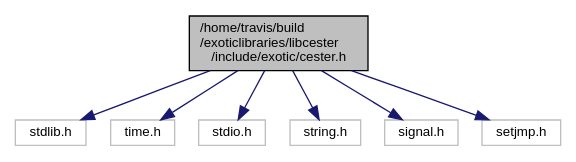
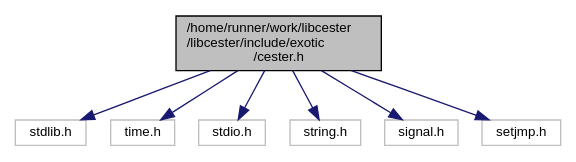
One commit to exoticlibraries/libcester changed the diagram in reference/cester_8h__incl.dot. Above: the diagram before and after it, drawn with Graphviz. The commit also changed 188 other files, not shown here.

```diff
--- a/reference/cester_8h__incl.dot
+++ b/reference/cester_8h__incl.dot
@@ -1,18 +1,18 @@
-digraph "/home/travis/build/exoticlibraries/libcester/include/exotic/cester.h"
+digraph "/home/runner/work/libcester/libcester/include/exotic/cester.h"
 {
   edge [fontname="Helvetica",fontsize="10",labelfontname="Helvetica",labelfontsize="10"];
   node [fontname="Helvetica",fontsize="10",shape=record];
-  Node1 [label="/home/travis/build\l/exoticlibraries/libcester\l/include/exotic/cester.h",height=0.2,width=0.4,color="black", fillcolor="grey75", style="filled", fontcolor="black"];
-  Node1 -> Node2 [color="midnightblue",fontsize="10",style="solid",fontname="Helvetica"];
-  Node2 [label="stdlib.h",height=0.2,width=0.4,color="grey75", fillcolor="white", style="filled"];
-  Node1 -> Node3 [color="midnightblue",fontsize="10",style="solid",fontname="Helvetica"];
-  Node3 [label="time.h",height=0.2,width=0.4,color="grey75", fillcolor="white", style="filled"];
-  Node1 -> Node4 [color="midnightblue",fontsize="10",style="solid",fontname="Helvetica"];
-  Node4 [label="stdio.h",height=0.2,width=0.4,color="grey75", fillcolor="white", style="filled"];
-  Node1 -> Node5 [color="midnightblue",fontsize="10",style="solid",fontname="Helvetica"];
-  Node5 [label="string.h",height=0.2,width=0.4,color="grey75", fillcolor="white", style="filled"];
-  Node1 -> Node6 [color="midnightblue",fontsize="10",style="solid",fontname="Helvetica"];
-  Node6 [label="signal.h",height=0.2,width=0.4,color="grey75", fillcolor="white", style="filled"];
-  Node1 -> Node7 [color="midnightblue",fontsize="10",style="solid",fontname="Helvetica"];
-  Node7 [label="setjmp.h",height=0.2,width=0.4,color="grey75", fillcolor="white", style="filled"];
+  Node0 [label="/home/runner/work/libcester\l/libcester/include/exotic\l/cester.h",height=0.2,width=0.4,color="black", fillcolor="grey75", style="filled", fontcolor="black"];
+  Node0 -> Node1 [color="midnightblue",fontsize="10",style="solid",fontname="Helvetica"];
+  Node1 [label="stdlib.h",height=0.2,width=0.4,color="grey75", fillcolor="white", style="filled"];
+  Node0 -> Node2 [color="midnightblue",fontsize="10",style="solid",fontname="Helvetica"];
+  Node2 [label="time.h",height=0.2,width=0.4,color="grey75", fillcolor="white", style="filled"];
+  Node0 -> Node3 [color="midnightblue",fontsize="10",style="solid",fontname="Helvetica"];
+  Node3 [label="stdio.h",height=0.2,width=0.4,color="grey75", fillcolor="white", style="filled"];
+  Node0 -> Node4 [color="midnightblue",fontsize="10",style="solid",fontname="Helvetica"];
+  Node4 [label="string.h",height=0.2,width=0.4,color="grey75", fillcolor="white", style="filled"];
+  Node0 -> Node5 [color="midnightblue",fontsize="10",style="solid",fontname="Helvetica"];
+  Node5 [label="signal.h",height=0.2,width=0.4,color="grey75", fillcolor="white", style="filled"];
+  Node0 -> Node6 [color="midnightblue",fontsize="10",style="solid",fontname="Helvetica"];
+  Node6 [label="setjmp.h",height=0.2,width=0.4,color="grey75", fillcolor="white", style="filled"];
 }
```
